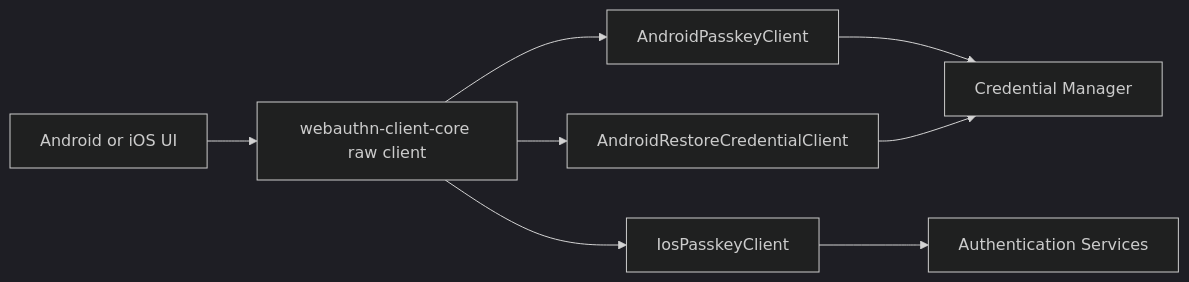
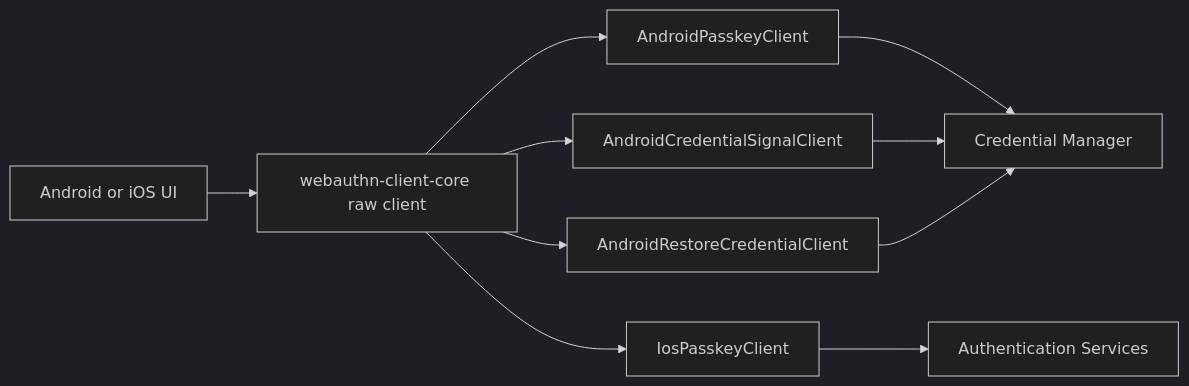
The diagram in client/webauthn-client-platform/README.md (szijpeter/webauthn-kotlin-multiplatform), drawn with Mermaid (dark theme) before and after one commit. The commit also changed other lines of this file and 23 other files, not shown here.

Commit message:
feat(android): add credential state signaling

````diff
--- a/client/webauthn-client-platform/README.md
+++ b/client/webauthn-client-platform/README.md
@@ -95,10 +133,12 @@
 ```mermaid
 flowchart LR
     UI["Android or iOS UI"] --> CORE["webauthn-client-core raw client"]
     CORE --> ANDROID["AndroidPasskeyClient"]
+    CORE --> SIGNALS["AndroidCredentialSignalClient"]
     CORE --> RESTORE["AndroidRestoreCredentialClient"]
     CORE --> IOS["IosPasskeyClient"]
     ANDROID --> CM["Credential Manager"]
+    SIGNALS --> CM
     RESTORE --> CM
     IOS --> AS["Authentication Services"]
 ```
````
